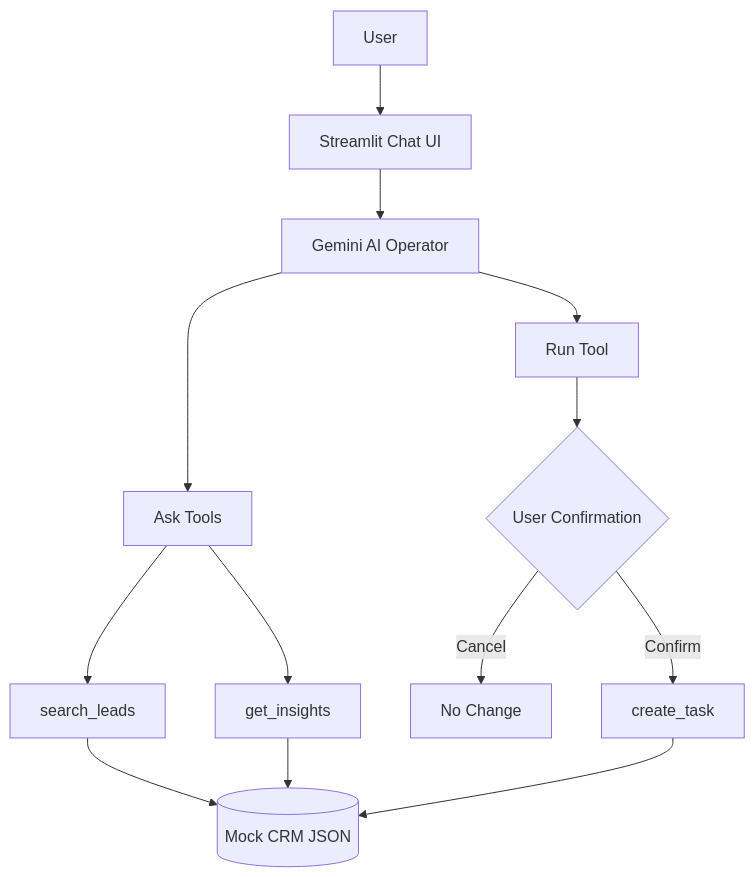
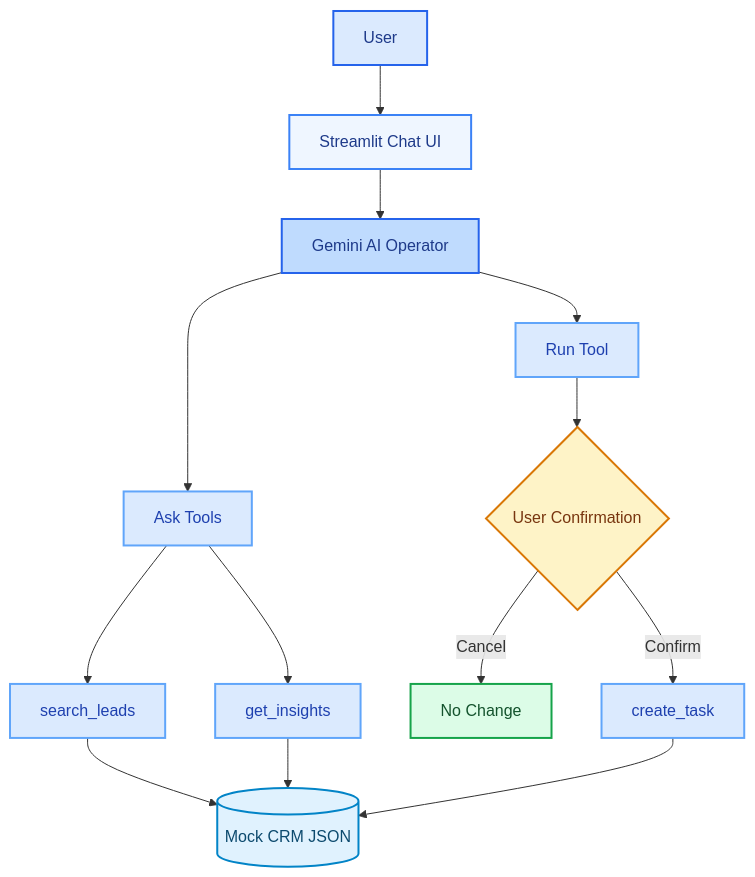
The first of 2 diagrams in README.md (VibhutiChoubisa/nexcell-ai-operator), drawn with Mermaid before and after one commit.

````diff
--- a/README.md
+++ b/README.md
@@ -20,19 +20,35 @@
 ```mermaid
 flowchart TD
     U[User] --> UI[Streamlit Chat UI]
     UI --> LLM[Gemini AI Operator]
 
     LLM --> A[Ask Tools]
     LLM --> R[Run Tool]
 
     A --> S[search_leads]
     A --> I[get_insights]
 
     S --> CRM[(Mock CRM JSON)]
     I --> CRM
 
     R --> C{User Confirmation}
     C -->|Cancel| X[No Change]
     C -->|Confirm| T[create_task]
     T --> CRM
+
+    classDef user fill:#dbeafe,stroke:#2563eb,stroke-width:2px,color:#1e3a8a;
+    classDef interface fill:#eff6ff,stroke:#3b82f6,stroke-width:2px,color:#1e3a8a;
+    classDef model fill:#bfdbfe,stroke:#2563eb,stroke-width:2px,color:#1e3a8a;
+    classDef tool fill:#dbeafe,stroke:#60a5fa,stroke-width:2px,color:#1e40af;
+    classDef data fill:#e0f2fe,stroke:#0284c7,stroke-width:2px,color:#0c4a6e;
+    classDef safety fill:#fef3c7,stroke:#d97706,stroke-width:2px,color:#78350f;
+    classDef success fill:#dcfce7,stroke:#16a34a,stroke-width:2px,color:#14532d;
+
+    class U user;
+    class UI interface;
+    class LLM model;
+    class A,R,S,I,T tool;
+    class CRM data;
+    class C safety;
+    class X success;
 ```
````
